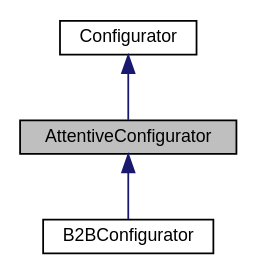
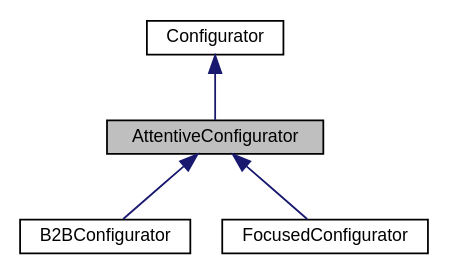
The diagram in classAttentiveConfigurator__inherit__graph.dot (YangZhang-001/bratmobile), drawn with Graphviz before and after one commit. The commit also changed 81 other files, not shown here.

```diff
--- a/classAttentiveConfigurator__inherit__graph.dot
+++ b/classAttentiveConfigurator__inherit__graph.dot
@@ -1,11 +1,13 @@
 digraph "AttentiveConfigurator"
 {
  // LATEX_PDF_SIZE
   edge [fontname="Helvetica",fontsize="10",labelfontname="Helvetica",labelfontsize="10"];
   node [fontname="Helvetica",fontsize="10",shape=record];
   Node1 [label="AttentiveConfigurator",height=0.2,width=0.4,color="black", fillcolor="grey75", style="filled", fontcolor="black",tooltip="Configurator with long-range planning. It explores transitions out of a state until a DEFAULT Task is..."];
   Node2 -> Node1 [dir="back",color="midnightblue",fontsize="10",style="solid",fontname="Helvetica"];
   Node2 [label="Configurator",height=0.2,width=0.4,color="black", fillcolor="white", style="filled",URL="$classConfigurator.html",tooltip=" "];
   Node1 -> Node3 [dir="back",color="midnightblue",fontsize="10",style="solid",fontname="Helvetica"];
   Node3 [label="B2BConfigurator",height=0.2,width=0.4,color="black", fillcolor="white", style="filled",URL="$classB2BConfigurator.html",tooltip="B2BConfigurator is a class that extends the AttentiveConfigurator to eliminate the Task splitting in ..."];
+  Node1 -> Node4 [dir="back",color="midnightblue",fontsize="10",style="solid",fontname="Helvetica"];
+  Node4 [label="FocusedConfigurator",height=0.2,width=0.4,color="black", fillcolor="white", style="filled",URL="$classFocusedConfigurator.html",tooltip=" "];
 }
```
